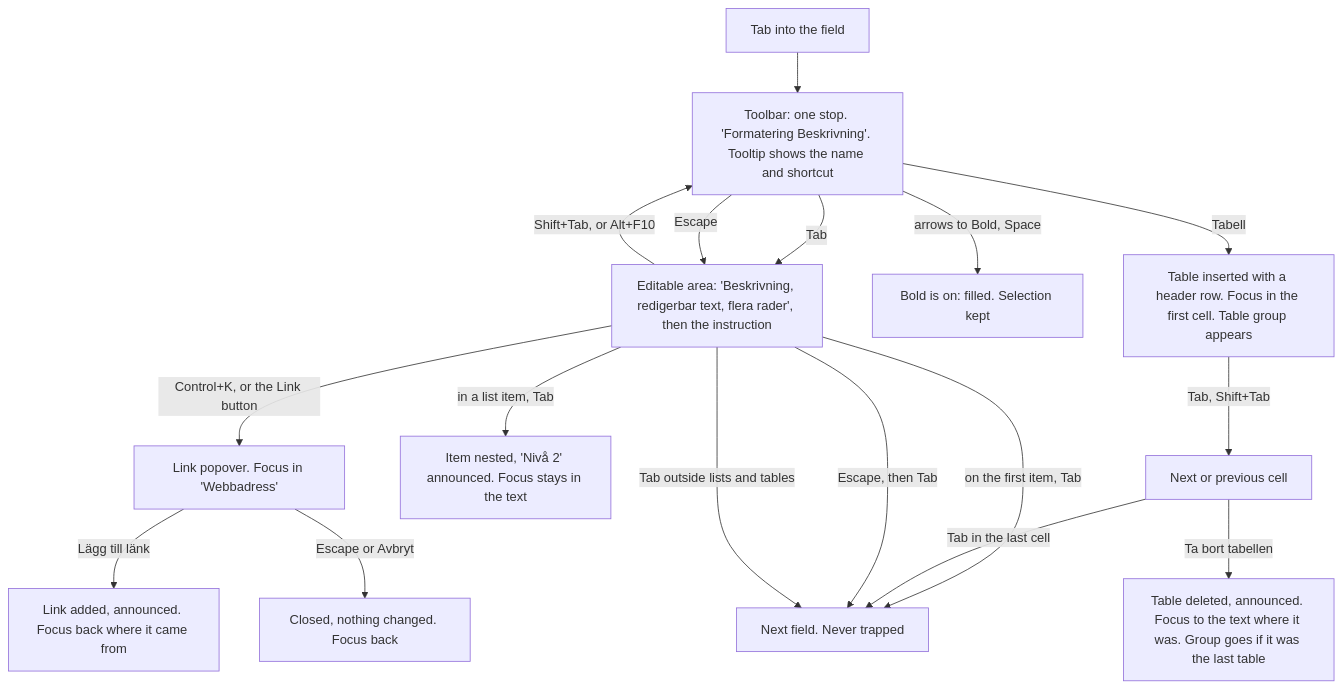
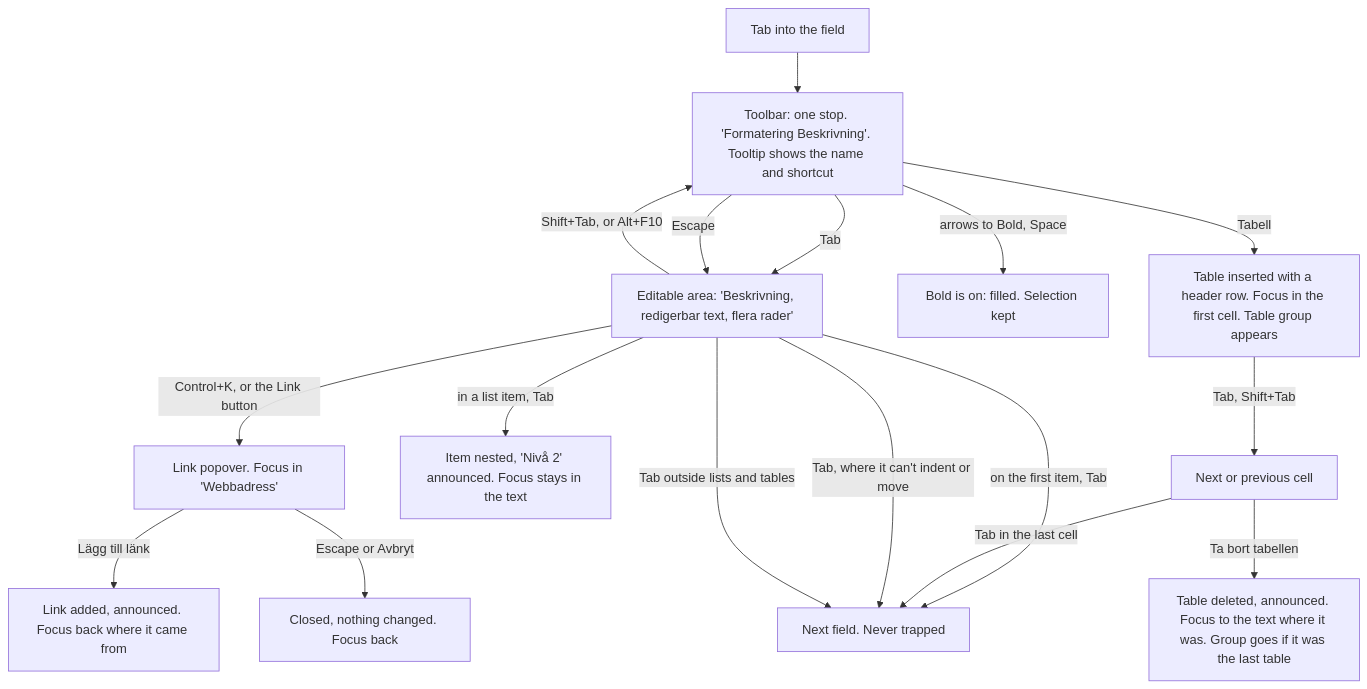
Before and after one commit to kvirn/ui: the second of 2 diagrams in docs/design/rich-text-editor.md, drawn with Mermaid. The commit also changed other lines of this file and 5 other files, not shown here.

````diff
--- a/docs/design/rich-text-editor.md
+++ b/docs/design/rich-text-editor.md
@@ -118,19 +118,19 @@
 ```mermaid
 flowchart TD
   tab[Tab into the field] --> toolbar[Toolbar: one stop. 'Formatering Beskrivning'. Tooltip shows the name and shortcut]
-  toolbar -->|Tab| content[Editable area: 'Beskrivning, redigerbar text, flera rader', then the instruction]
+  toolbar -->|Tab| content[Editable area: 'Beskrivning, redigerbar text, flera rader']
   content -->|Shift+Tab, or Alt+F10| toolbar
   toolbar -->|Escape| content
   toolbar -->|arrows to Bold, Space| bold[Bold is on: filled. Selection kept]
   content -->|Control+K, or the Link button| linkpop[Link popover. Focus in 'Webbadress']
   linkpop -->|Lägg till länk| linkdone[Link added, announced. Focus back where it came from]
   linkpop -->|Escape or Avbryt| linkcancel[Closed, nothing changed. Focus back]
   content -->|in a list item, Tab| indent[Item nested, 'Nivå 2' announced. Focus stays in the text]
   content -->|on the first item, Tab| out
   toolbar -->|Tabell| tableins[Table inserted with a header row. Focus in the first cell. Table group appears]
   tableins -->|Tab, Shift+Tab| cells[Next or previous cell]
   cells -->|Tab in the last cell| out
   cells -->|Ta bort tabellen| tabledel[Table deleted, announced. Focus to the text where it was. Group goes if it was the last table]
-  content -->|Escape, then Tab| out[Next field. Never trapped]
+  content -->|Tab, where it can't indent or move| out[Next field. Never trapped]
   content -->|Tab outside lists and tables| out
 ```
````
